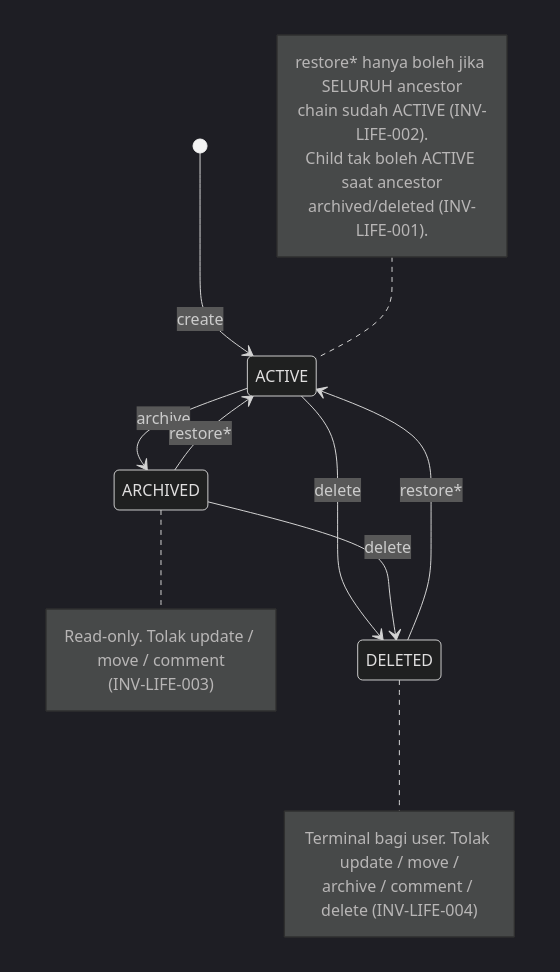
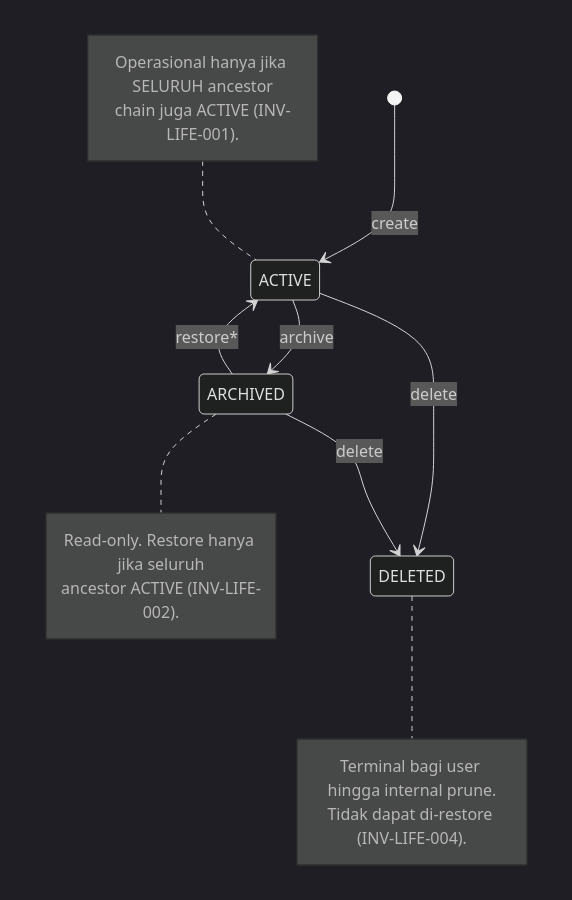
Before and after one commit to ngodingin/kanban: the diagram in docs/02-SPEC.md, drawn with Mermaid (dark theme). The commit also changed other lines of this file and 38 other files, not shown here.

````diff
--- a/docs/02-SPEC.md
+++ b/docs/02-SPEC.md
@@ -41,23 +41,20 @@
 ```mermaid
 stateDiagram-v2
     [*] --> ACTIVE : create
     ACTIVE --> ARCHIVED : archive
     ACTIVE --> DELETED : delete
     ARCHIVED --> DELETED : delete
     ARCHIVED --> ACTIVE : restore*
-    DELETED --> ACTIVE : restore*
     note right of ARCHIVED
-        Read-only. Tolak update / move / comment
-        (INV-LIFE-003)
+        Read-only. Restore hanya jika seluruh
+        ancestor ACTIVE (INV-LIFE-002).
     end note
     note right of DELETED
-        Terminal bagi user. Tolak update / move /
-        archive / comment / delete (INV-LIFE-004)
+        Terminal bagi user hingga internal prune.
+        Tidak dapat di-restore (INV-LIFE-004).
     end note
     note left of ACTIVE
-        restore* hanya boleh jika SELURUH ancestor
-        chain sudah ACTIVE (INV-LIFE-002).
-        Child tak boleh ACTIVE saat ancestor
-        archived/deleted (INV-LIFE-001).
+        Operasional hanya jika SELURUH ancestor
+        chain juga ACTIVE (INV-LIFE-001).
     end note
 ```
````
